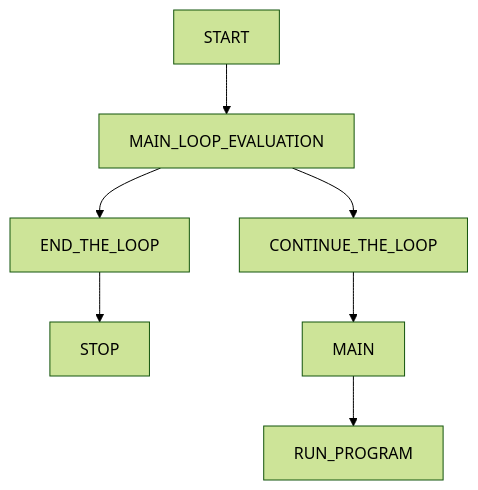
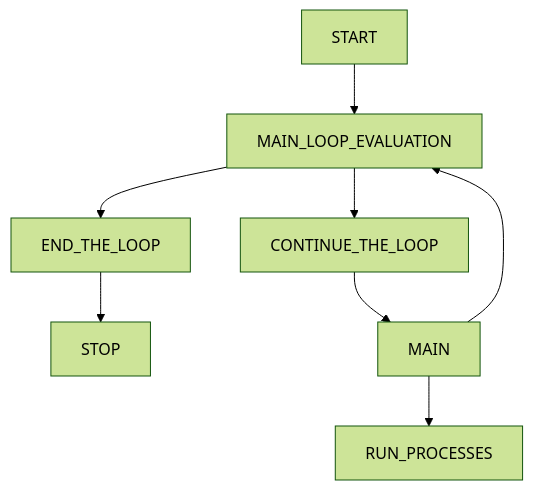
The second of 2 diagrams in foundation.git.markdown.md (carldavidbrownjr/repo1), drawn with Mermaid (forest theme) before and after one commit.

````diff
--- a/foundation.git.markdown.md
+++ b/foundation.git.markdown.md
@@ -22,9 +22,10 @@
 ```mermaid
 graph TD;
   START-->MAIN_LOOP_EVALUATION;
   MAIN_LOOP_EVALUATION-->CONTINUE_THE_LOOP;
   MAIN_LOOP_EVALUATION-->END_THE_LOOP; 
   END_THE_LOOP-->STOP;
   CONTINUE_THE_LOOP-->MAIN;
-  MAIN-->RUN_PROGRAM;
+  MAIN-->RUN_PROCESSES;
+  MAIN-->MAIN_LOOP_EVALUATION;
 ```
````
